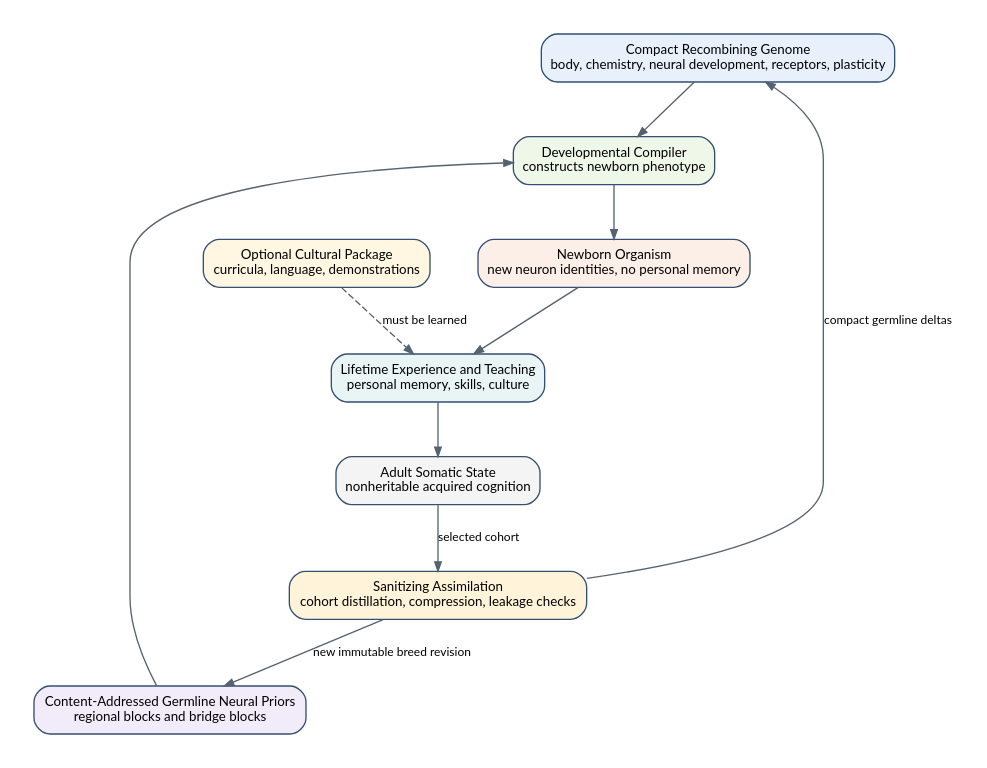
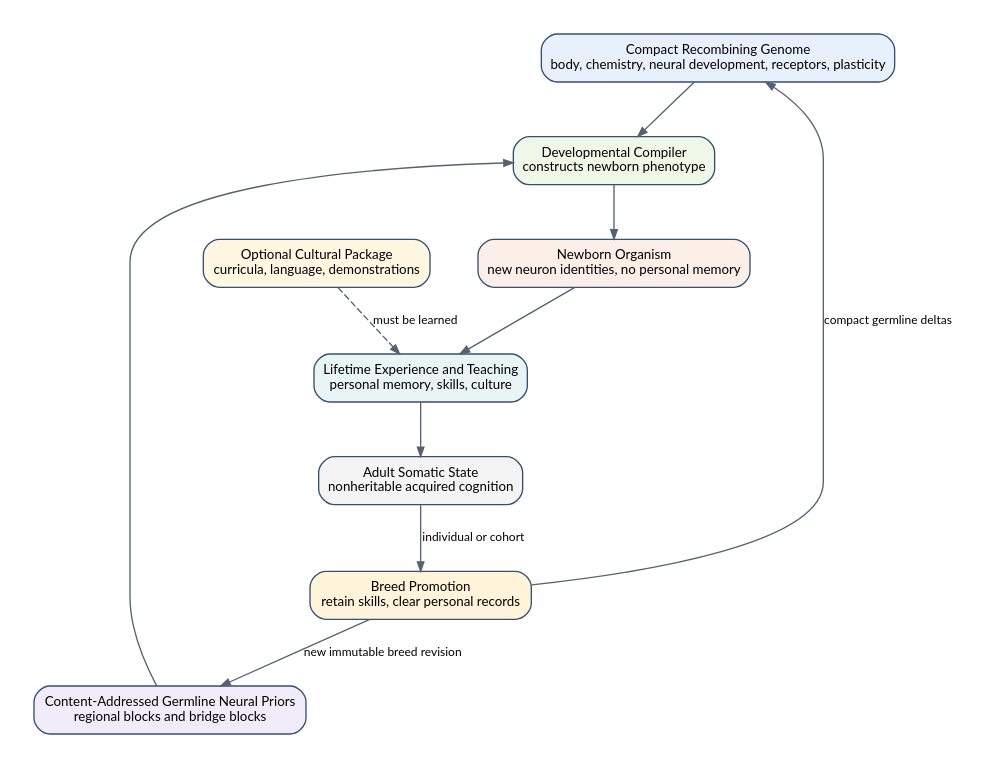
The diagram in docs/architecture/diagrams/03_genotype_assets.dot (BobertNeek/A-Life), drawn with Graphviz before and after one commit. The commit also changed 321 other files, not shown here.

```diff
--- a/docs/architecture/diagrams/03_genotype_assets.dot
+++ b/docs/architecture/diagrams/03_genotype_assets.dot
@@ -1,21 +1,21 @@
 digraph G {
   graph [rankdir=TB, bgcolor="white", fontname="Lato", nodesep=0.5, ranksep=0.55, pad=0.25];
   node [shape=box, style="rounded,filled", fontname="Lato", fontsize=10, color="#355070", fillcolor="#F7F9FC"];
   edge [fontname="Lato", fontsize=9, color="#556270", arrowsize=0.7];
   genome [label="Compact Recombining Genome\nbody, chemistry, neural development, receptors, plasticity", fillcolor="#E8F1FB"];
   prior [label="Content-Addressed Germline Neural Priors\nregional blocks and bridge blocks", fillcolor="#F2ECFA"];
   culture [label="Optional Cultural Package\ncurricula, language, demonstrations", fillcolor="#FFF7E2"];
   develop [label="Developmental Compiler\nconstructs newborn phenotype", fillcolor="#EEF7E8"];
   newborn [label="Newborn Organism\nnew neuron identities, no personal memory", fillcolor="#FCEFE8"];
   learn [label="Lifetime Experience and Teaching\npersonal memory, skills, culture", fillcolor="#E9F5F5"];
   adult [label="Adult Somatic State\nnonheritable acquired cognition", fillcolor="#F4F4F4"];
-  assimilate [label="Sanitizing Assimilation\ncohort distillation, compression, leakage checks", fillcolor="#FFF4D9"];
+  assimilate [label="Breed Promotion\nretain skills, clear personal records", fillcolor="#FFF4D9"];
   genome -> develop;
   prior -> develop;
   develop -> newborn;
   culture -> learn [style=dashed, label="must be learned"];
   newborn -> learn -> adult;
-  adult -> assimilate [label="selected cohort"];
+  adult -> assimilate [label="individual or cohort"];
   assimilate -> prior [label="new immutable breed revision"];
   assimilate -> genome [label="compact germline deltas"];
 }
```
